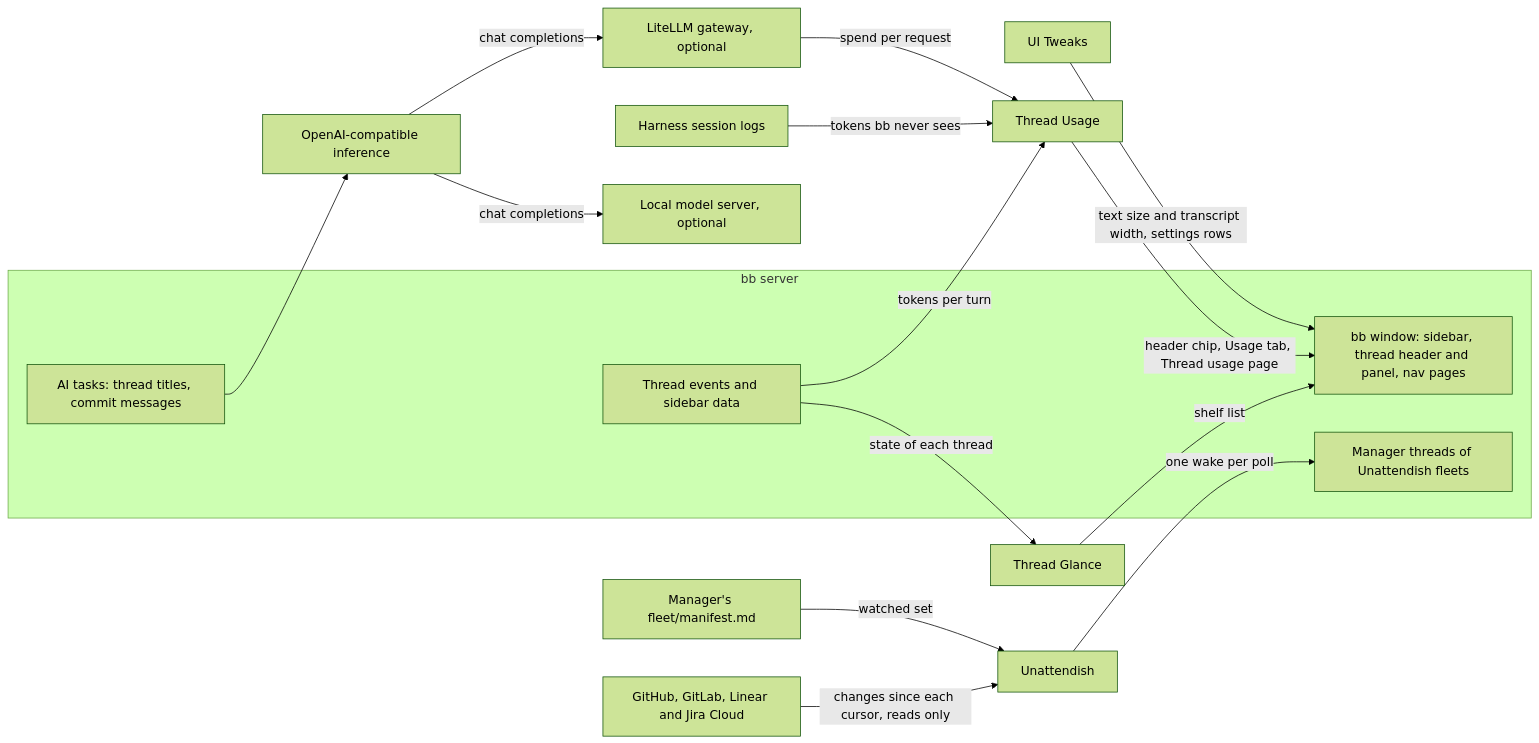
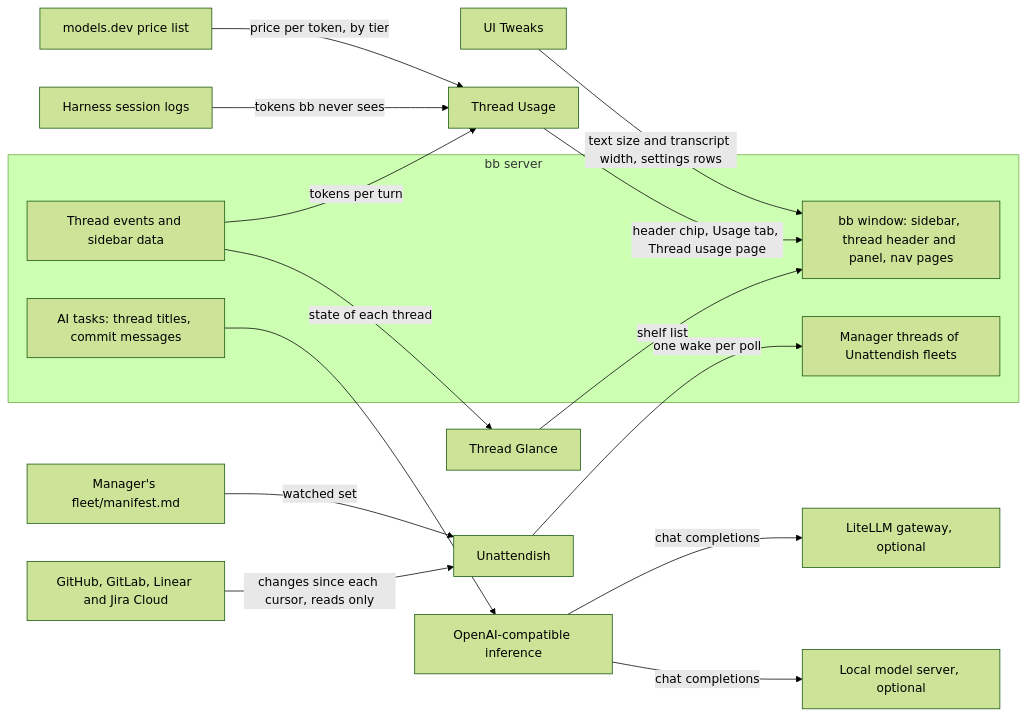
The diagram in README.md (gperezmz/bb-plugins), drawn with Mermaid (forest theme) before and after one commit. The commit also changed other lines of this file and 14 other files, not shown here.

First line of the commit message:
docs(thread-usage): describe pricing from models.dev and its tiers

````diff
--- a/README.md
+++ b/README.md
@@ -5,32 +5,33 @@
 ```mermaid
 flowchart LR
   subgraph bb["bb server"]
     events["Thread events and sidebar data"]
     ui["bb window: sidebar, thread header and panel, nav pages"]
     helper["AI tasks: thread titles, commit messages"]
     managers["Manager threads of Unattendish fleets"]
   end
   tg["Thread Glance"]
   tu["Thread Usage"]
   oi["OpenAI-compatible inference"]
   gateway["LiteLLM gateway, optional"]
+  modelsdev["models.dev price list"]
   localmodel["Local model server, optional"]
   logs["Harness session logs"]
   events -->|state of each thread| tg
   tg -->|shelf list| ui
   events -->|tokens per turn| tu
   logs -->|tokens bb never sees| tu
-  gateway -->|spend per request| tu
+  modelsdev -->|price per token, by tier| tu
   tu -->|header chip, Usage tab, Thread usage page| ui
   helper --> oi
   oi -->|chat completions| gateway
   oi -->|chat completions| localmodel
   ut["UI Tweaks"]
   ut -->|text size and transcript width, settings rows| ui
   us["Unattendish"]
   services["GitHub, GitLab, Linear and Jira Cloud"]
   fleetmanifest["Manager's fleet/manifest.md"]
   services -->|changes since each cursor, reads only| us
   fleetmanifest -->|watched set| us
   us -->|one wake per poll| managers
 ```
````
